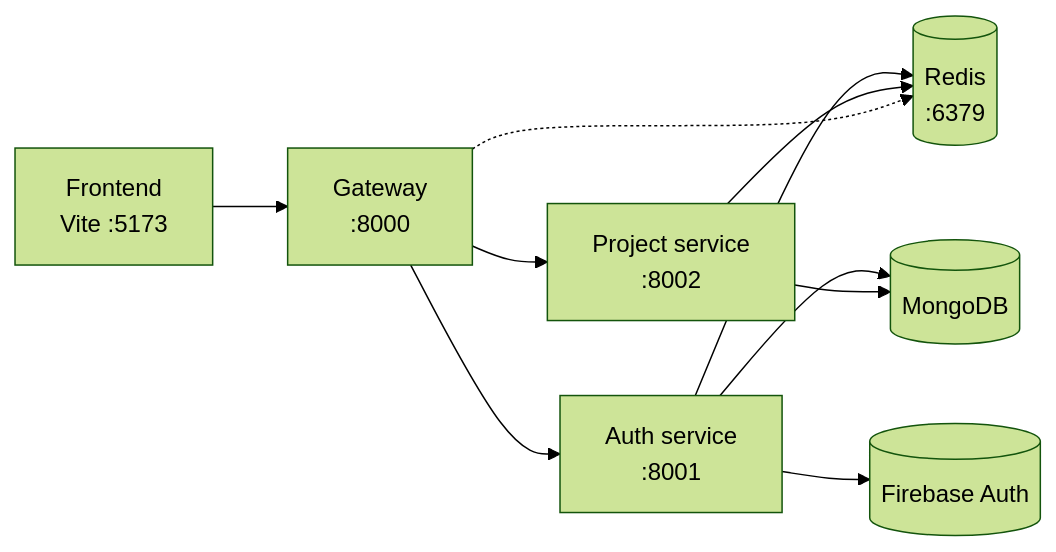
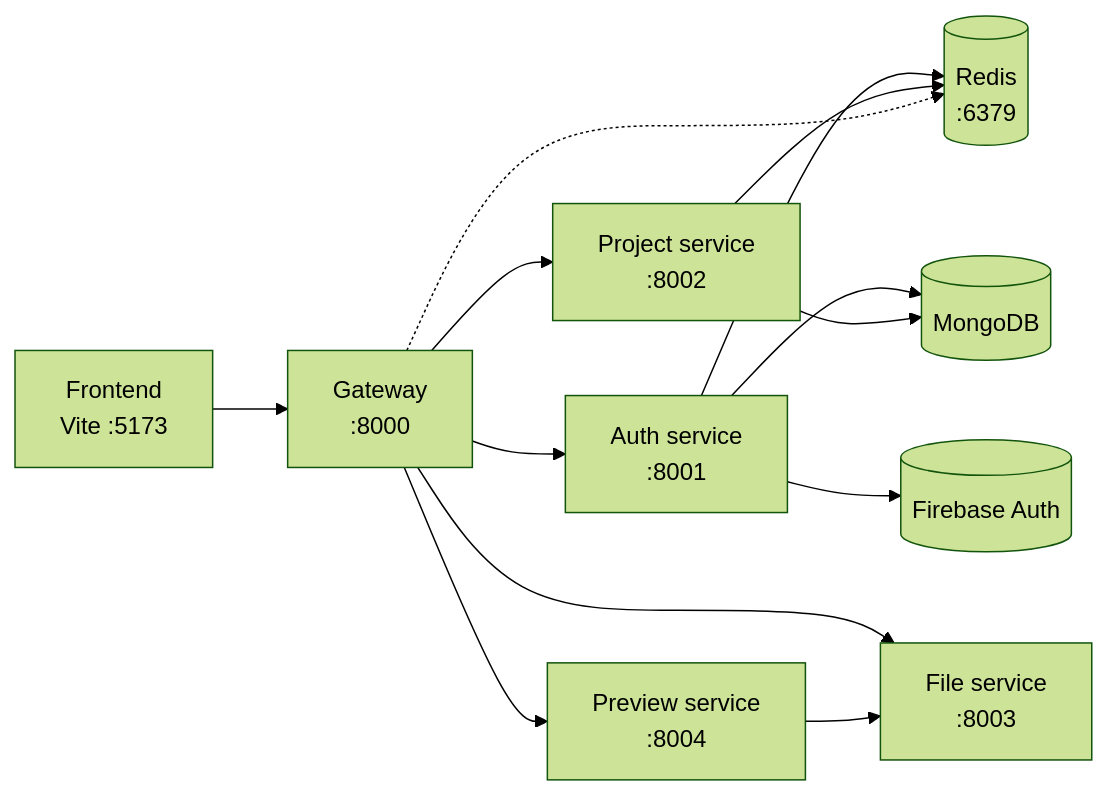
The first of 4 diagrams in docs/getting-started.md (yamanhassan1/NexPulse), drawn with Mermaid (forest theme) before and after one commit. The commit also changed other lines of this file and 197 other files, not shown here.

````diff
--- a/docs/getting-started.md
+++ b/docs/getting-started.md
@@ -11,20 +12,25 @@
 ```mermaid
 flowchart LR
     FE["Frontend<br>Vite :5173"]
     GW["Gateway<br>:8000"]
     AU["Auth service<br>:8001"]
     PR["Project service<br>:8002"]
+    FS["File service<br>:8003"]
+    PV["Preview service<br>:8004"]
     RD[("Redis<br>:6379")]
     DB[("MongoDB")]
     FB[("Firebase Auth")]
 
     FE --> GW
     GW --> AU
     GW --> PR
+    GW --> FS
+    GW --> PV
+    PV --> FS
     AU --> RD
     AU --> DB
     AU --> FB
     PR --> RD
     PR --> DB
     GW -.-> RD
 ```
````
